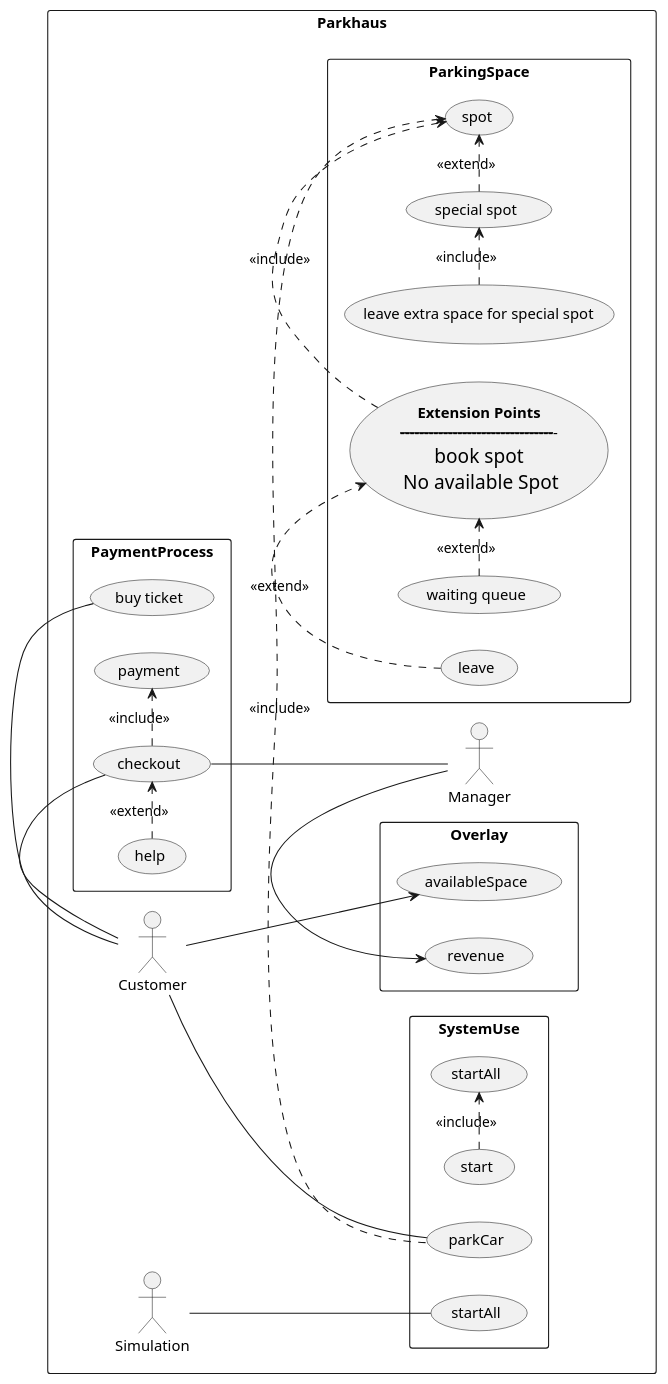
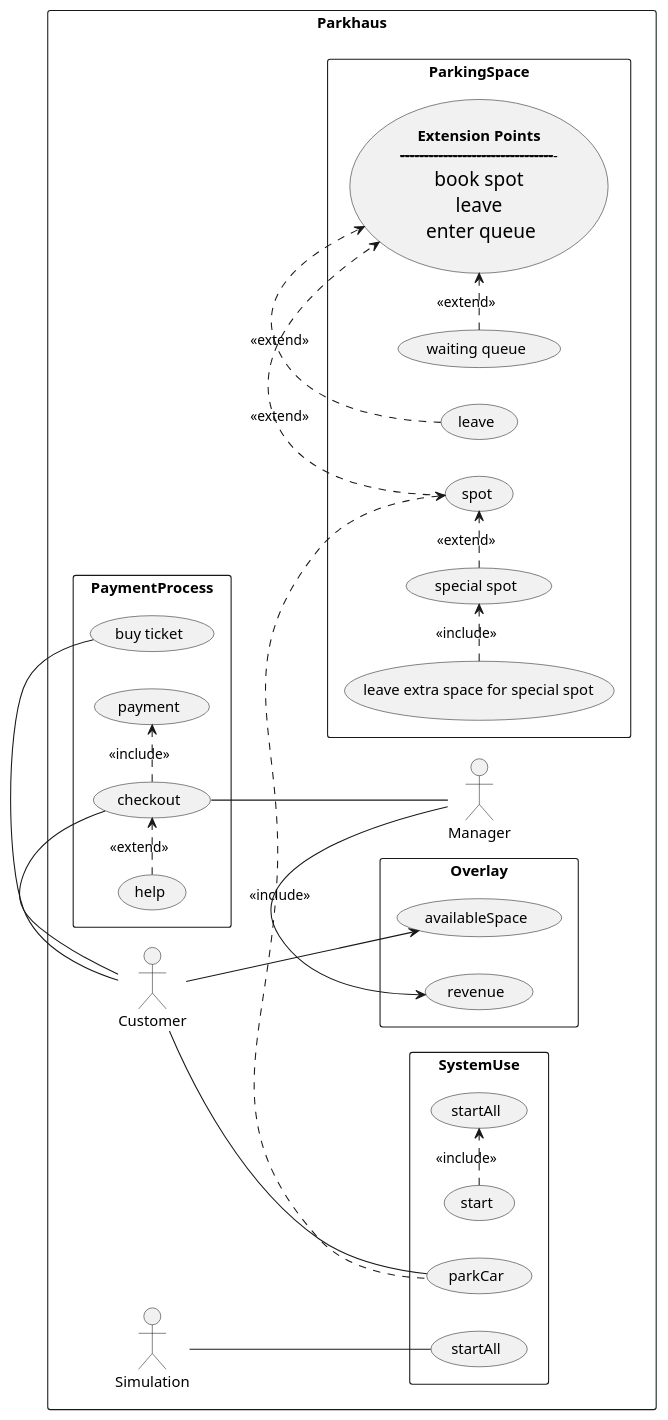
The diagram in src/main/exercise4/uc_Parkhaus.puml (1nbetw33n/Parkhaus_new), drawn with PlantUML before and after one commit.

Commit message:
Added extension point queue to park car process. Changed  (spot) <. E1 (spot) : <<include>>   ------>      (spot) .> E1 : <<extend>>

```diff
--- a/src/main/exercise4/uc_Parkhaus.puml
+++ b/src/main/exercise4/uc_Parkhaus.puml
@@ -1,47 +1,48 @@
 @startuml
 left to right direction
 skinparam packageStyle rectangle
 
 package Parkhaus {
     actor Simulation as S
     actor Customer as C
     actor Manager as M
 
     rectangle SystemUse {
         S -- (startAll)
         (startAll) as (sA)
         (parkCar) as pC
         (start) .> (sA) : <<include>>
         C -- (pC)
     }
 
 
     rectangle ParkingSpace {
-        (** Extension Points **\n ----------------------------------------------------------------------------------------------------------------------------------------------------------------- \n <size:18>book spot</size> \n <size:18>No available Spot</size>) as E1
+        (** Extension Points **\n ----------------------------------------------------------------------------------------------------------------------------------------------------------------- \n <size:18>book spot</size> \n <size:18>leave</size> \n <size:18>enter queue</size>) as E1
         (special spot) as (ss)
         (leave extra space for special spot) as (extra spot)
-        E1 .> (spot) : <<include>>
+        (spot) .> E1 : <<extend>>
+	    (waiting queue) .> E1 : <<extend>>
+        (leave) .> E1 : <<extend>>
         (spot) <. (pC) : <<include>>
         (ss) .> (spot) : <<extend>>
         (extra spot) .> (ss) : <<include>>
-        (waiting queue) .> E1 : <<extend>>
-        (leave) .> E1 : <<extend>>
+
     }
 
 
     rectangle PaymentProcess {
      (checkout) .> (payment) : <<include>>
         C - (buy ticket)
         C - (checkout)
         (help) .> (checkout) : <<extend>>
         (checkout) -- M
     }
 
 
     rectangle Overlay {
         C -> (availableSpace)
         M -> (revenue)
     }
 }
 
 @enduml
```
